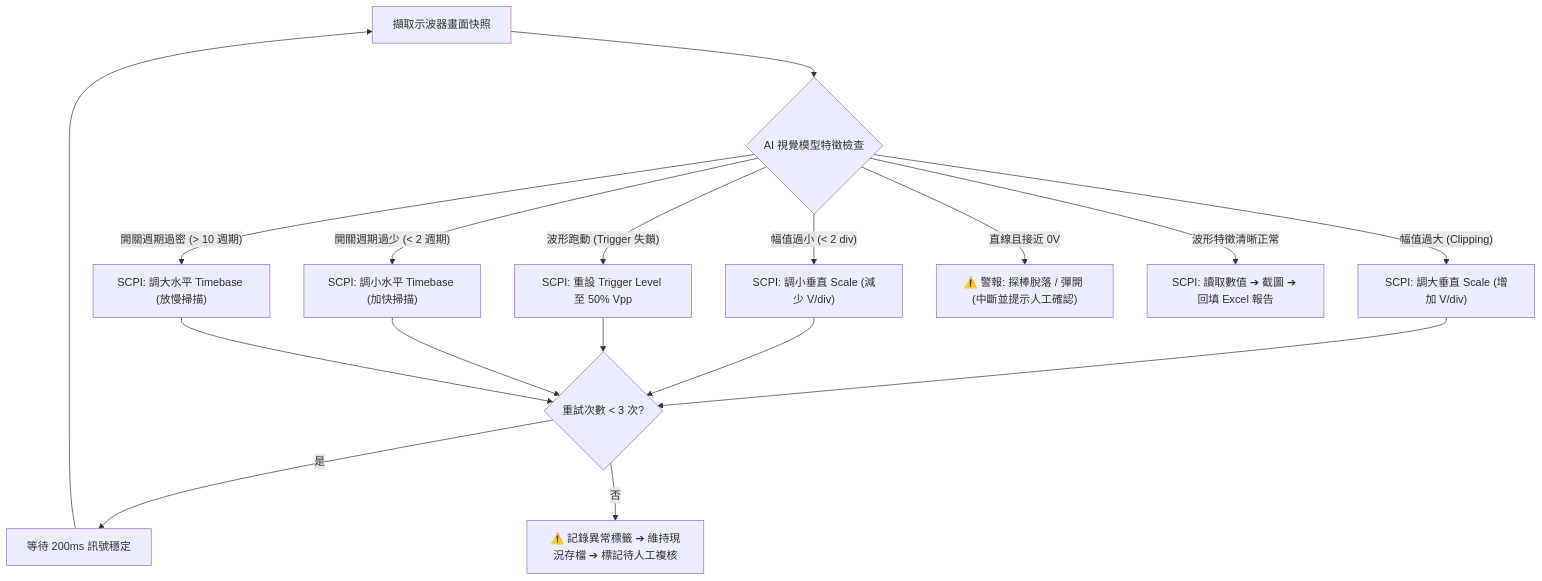
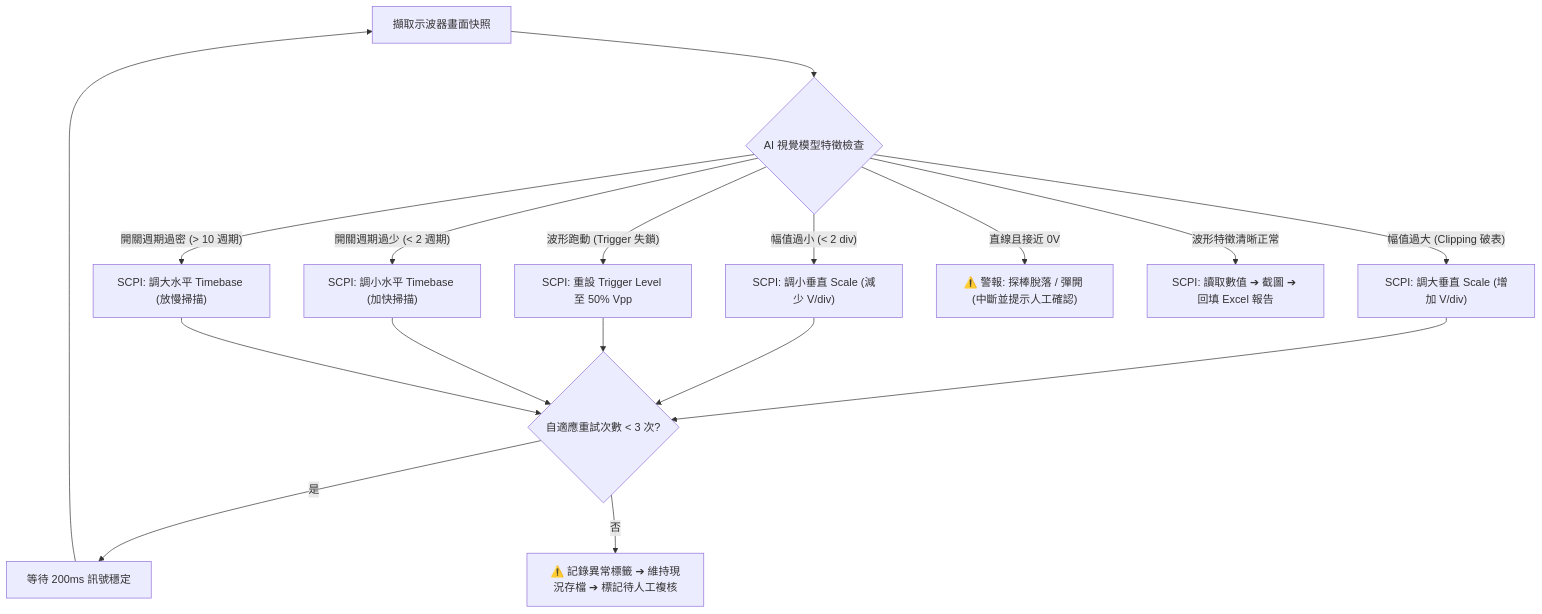
Before and after one commit to Ruthorford03/SemiAutoRunner: the diagram in VR_POL_AI_Autonomous_Testing_Proposal.md, drawn with Mermaid. The commit also changed other lines of this file and 1 other file, not shown here.

````diff
--- a/VR_POL_AI_Autonomous_Testing_Proposal.md
+++ b/VR_POL_AI_Autonomous_Testing_Proposal.md
@@ -203,21 +234,21 @@
 ```mermaid
 flowchart TD
     Start["擷取示波器畫面快照"] --> VisionCheck{"AI 視覺模型特徵檢查"}
     
-    VisionCheck -->|"幅值過大 (Clipping)"| FixVScale["SCPI: 調大垂直 Scale (增加 V/div)"]
+    VisionCheck -->|"幅值過大 (Clipping 破表)"| FixVScale["SCPI: 調大垂直 Scale (增加 V/div)"]
     VisionCheck -->|"幅值過小 (< 2 div)"| ShrinkVScale["SCPI: 調小垂直 Scale (減少 V/div)"]
     VisionCheck -->|"波形跑動 (Trigger 失鎖)"| FixTrig["SCPI: 重設 Trigger Level 至 50% Vpp"]
     VisionCheck -->|"開關週期過少 (< 2 週期)"| FixHScale["SCPI: 調小水平 Timebase (加快掃描)"]
     VisionCheck -->|"開關週期過密 (> 10 週期)"| ExpandHScale["SCPI: 調大水平 Timebase (放慢掃描)"]
     VisionCheck -->|"直線且接近 0V"| ProbeAlarm["⚠️ 警報: 探棒脫落 / 彈開 (中斷並提示人工確認)"]
     VisionCheck -->|"波形特徵清晰正常"| Commit["SCPI: 讀取數值 ➔ 截圖 ➔ 回填 Excel 報告"]
 
-    FixVScale --> RetryCheck{"重試次數 < 3 次?"}
+    FixVScale --> RetryCheck{"自適應重試次數 < 3 次?"}
     ShrinkVScale --> RetryCheck
     FixTrig --> RetryCheck
     FixHScale --> RetryCheck
     ExpandHScale --> RetryCheck
 
     RetryCheck -->|是| Wait["等待 200ms 訊號穩定"] --> Start
     RetryCheck -->|否| LogWarning["⚠️ 記錄異常標籤 ➔ 維持現況存檔 ➔ 標記待人工複核"]
 ```
````
